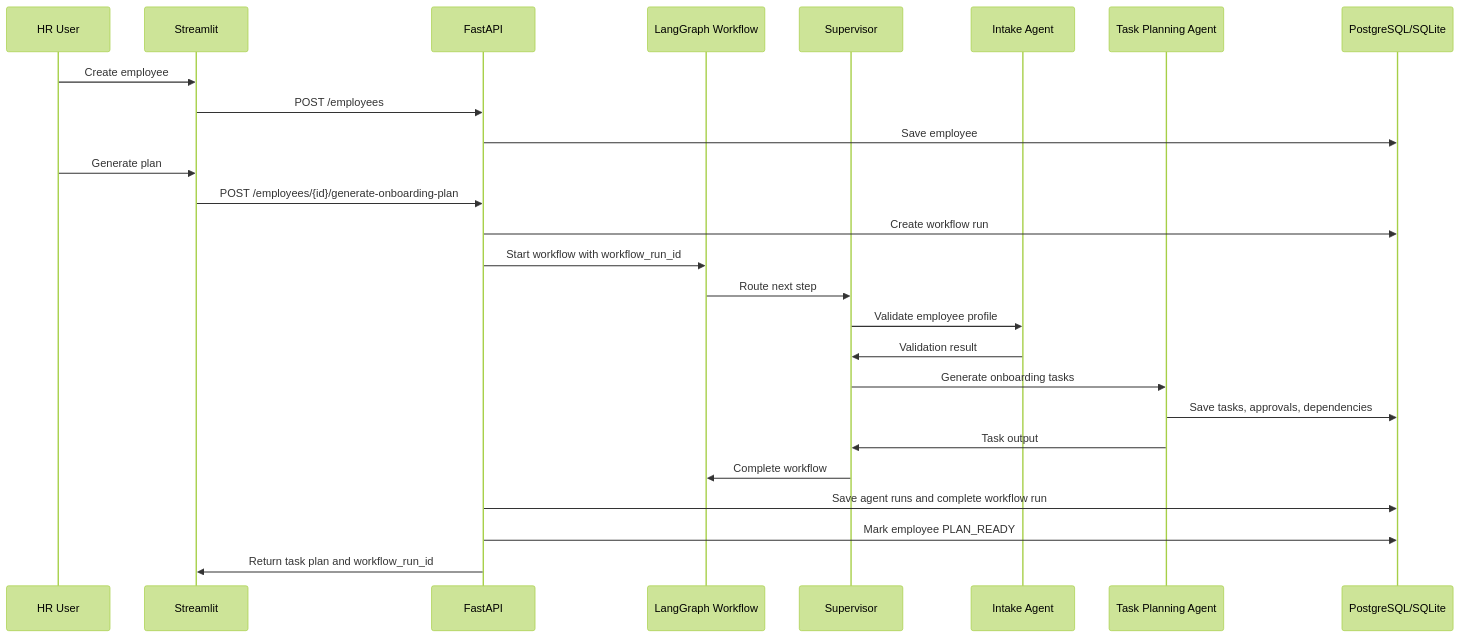
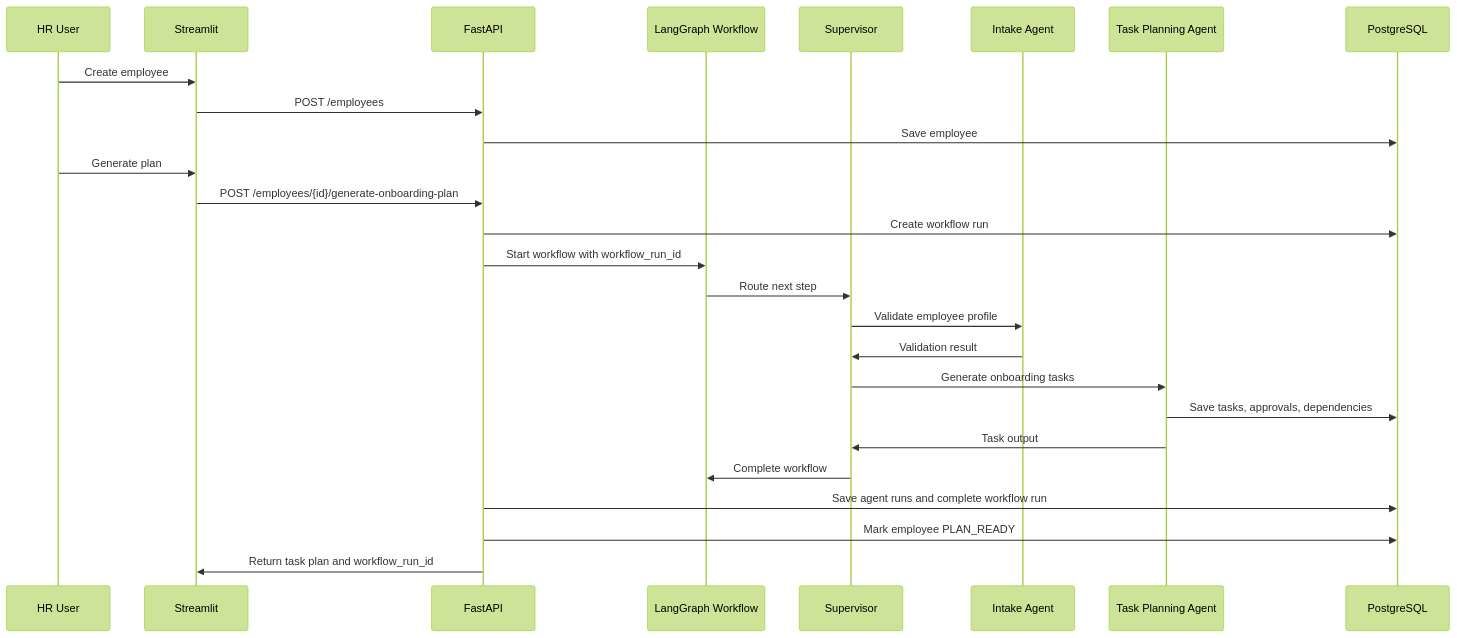
The second of 3 diagrams in docs/ARCHITECTURE_DIAGRAM.md (vego-ds/onboarding-buddy), drawn with Mermaid (forest theme) before and after one commit. The commit also changed other lines of this file and 13 other files, not shown here.

Commit message:
Make application runtime PostgreSQL-only

````diff
--- a/docs/ARCHITECTURE_DIAGRAM.md
+++ b/docs/ARCHITECTURE_DIAGRAM.md
@@ -32,29 +32,29 @@
 ```mermaid
 sequenceDiagram
     participant HR as HR User
     participant UI as Streamlit
     participant API as FastAPI
     participant WF as LangGraph Workflow
     participant S as Supervisor
     participant I as Intake Agent
     participant T as Task Planning Agent
-    participant DB as PostgreSQL/SQLite
+    participant DB as PostgreSQL
 
     HR->>UI: Create employee
     UI->>API: POST /employees
     API->>DB: Save employee
     HR->>UI: Generate plan
     UI->>API: POST /employees/{id}/generate-onboarding-plan
     API->>DB: Create workflow run
     API->>WF: Start workflow with workflow_run_id
     WF->>S: Route next step
     S->>I: Validate employee profile
     I->>S: Validation result
     S->>T: Generate onboarding tasks
     T->>DB: Save tasks, approvals, dependencies
     T->>S: Task output
     S->>WF: Complete workflow
     API->>DB: Save agent runs and complete workflow run
     API->>DB: Mark employee PLAN_READY
     API->>UI: Return task plan and workflow_run_id
 ```
````
